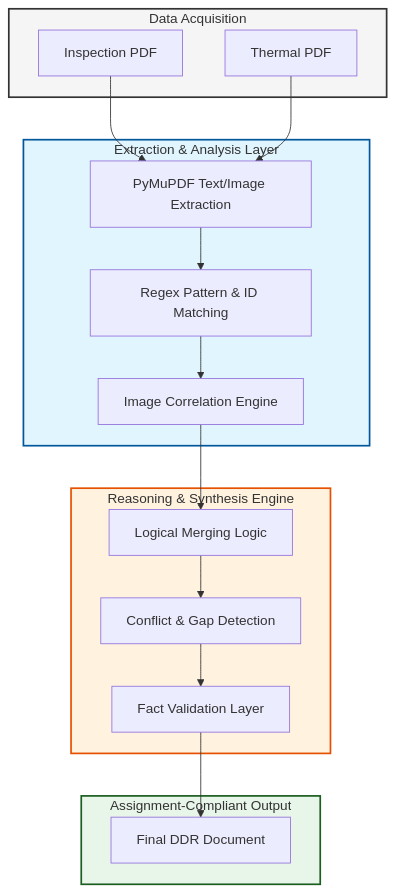
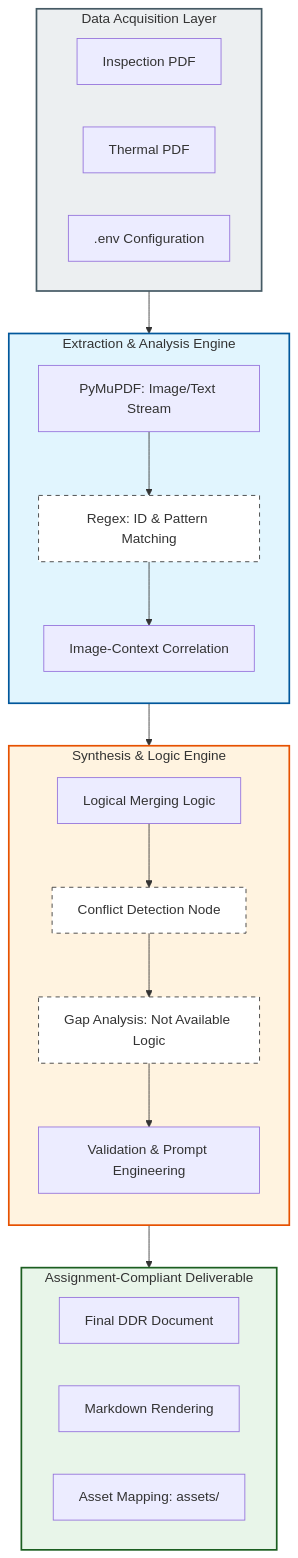
One commit to Aftab0904/Applied-AI-Builder changed the diagram in README.md. Above: the diagram before and after it, drawn with Mermaid. The commit also changed other lines of this file, not shown here.

````diff
--- a/README.md
+++ b/README.md
@@ -17,37 +9,50 @@
 ```mermaid
 graph TD
-    subgraph Data_Acquisition [Data Acquisition]
+    subgraph Input_Layer [Data Acquisition Layer]
         I[Inspection PDF]
         T[Thermal PDF]
+        ENV[.env Configuration]
     end
 
-    subgraph Extraction_Layer [Extraction & Analysis Layer]
-        PE[PyMuPDF Text/Image Extraction]
-        RM[Regex Pattern & ID Matching]
-        IM[Image Correlation Engine]
+    subgraph Processing_Layer [Extraction & Analysis Engine]
+        direction TB
+        MUP[PyMuPDF: Image/Text Stream]
+        REG[Regex: ID & Pattern Matching]
+        IMG[Image-Context Correlation]
+        
+        MUP --> REG
+        REG --> IMG
     end
 
-    subgraph Reasoning_Engine [Reasoning & Synthesis Engine]
-        LOG[Logical Merging Logic]
-        CON[Conflict & Gap Detection]
-        VAL[Fact Validation Layer]
+    subgraph Reasoning_Layer [Synthesis & Logic Engine]
+        direction TB
+        ML[Logical Merging Logic]
+        CD[Conflict Detection Node]
+        GA[Gap Analysis: Not Available Logic]
+        VP[Validation & Prompt Engineering]
+        
+        ML --> CD
+        CD --> GA
+        GA --> VP
     end
 
-    subgraph Output_Generation [Assignment-Compliant Output]
+    subgraph Output_Layer [Assignment-Compliant Deliverable]
         DDR[Final DDR Document]
+        MD[Markdown Rendering]
+        AS[Asset Mapping: assets/]
     end
 
-    I --> PE
-    T --> PE
-    PE --> RM
-    RM --> IM
-    IM --> LOG
-    LOG --> CON
-    CON --> VAL
-    VAL --> DDR
+    Input_Layer --> Processing_Layer
+    Processing_Layer --> Reasoning_Layer
+    Reasoning_Layer --> Output_Layer
 
-    style Data_Acquisition fill:#f5f5f5,stroke:#333,stroke-width:2px
-    style Extraction_Layer fill:#e1f5fe,stroke:#01579b,stroke-width:2px
-    style Reasoning_Engine fill:#fff3e0,stroke:#e65100,stroke-width:2px
-    style Output_Generation fill:#e8f5e9,stroke:#1b5e20,stroke-width:2px
+    %% Styling for colorful boxes
+    style Input_Layer fill:#eceff1,stroke:#455a64,stroke-width:2px
+    style Processing_Layer fill:#e1f5fe,stroke:#01579b,stroke-width:2px
+    style Reasoning_Layer fill:#fff3e0,stroke:#e65100,stroke-width:2px
+    style Output_Layer fill:#e8f5e9,stroke:#1b5e20,stroke-width:2px
+
+    %% Node styling
+    classDef engine fill:#fff,stroke:#333,stroke-dasharray: 5 5;
+    class CD,GA,REG engine;
 ```
````
